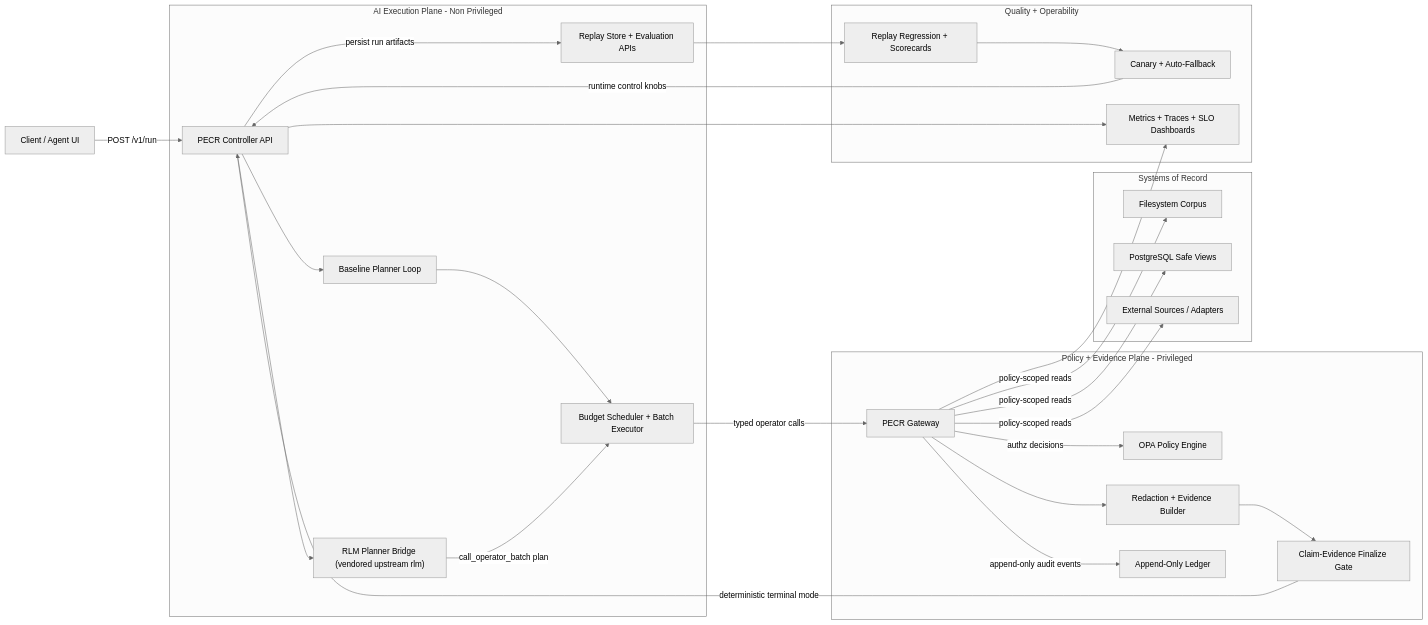
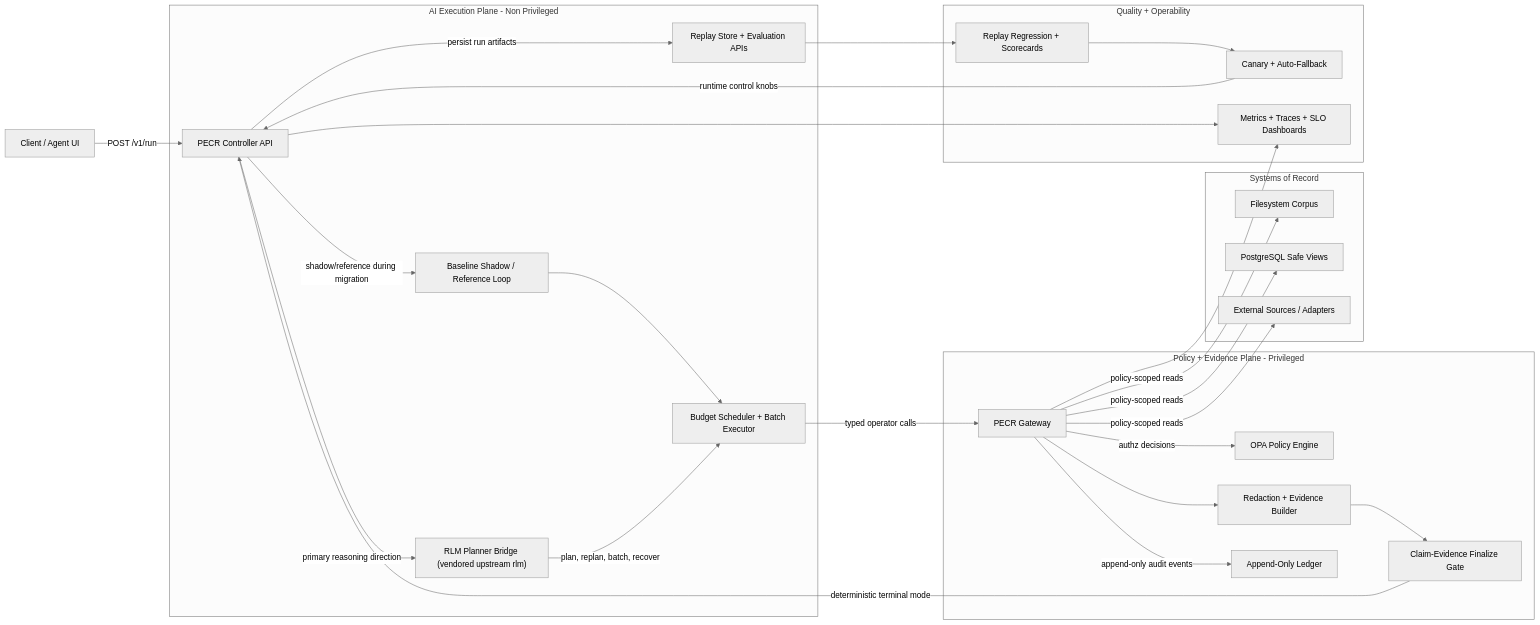
Before and after one commit to aliuyar1234/PECR: the diagram in README.md, drawn with Mermaid (neutral theme). The commit also changed other lines of this file and 19 other files, not shown here.

````diff
--- a/README.md
+++ b/README.md
@@ -27,57 +39,57 @@
 ```mermaid
 flowchart LR
     Client["Client / Agent UI"]
 
     subgraph AIPlane["AI Execution Plane - Non Privileged"]
       Controller["PECR Controller API"]
-      Baseline["Baseline Planner Loop"]
+      Baseline["Baseline Shadow / Reference Loop"]
       RLM["RLM Planner Bridge (vendored upstream rlm)"]
       Scheduler["Budget Scheduler + Batch Executor"]
       Replay["Replay Store + Evaluation APIs"]
     end
 
     subgraph Governance["Policy + Evidence Plane - Privileged"]
       Gateway["PECR Gateway"]
       OPA["OPA Policy Engine"]
       Evidence["Redaction + Evidence Builder"]
       Finalize["Claim-Evidence Finalize Gate"]
       Ledger["Append-Only Ledger"]
     end
 
     subgraph SoR["Systems of Record"]
       FS["Filesystem Corpus"]
       PG["PostgreSQL Safe Views"]
       EXT["External Sources / Adapters"]
     end
 
     subgraph Ops["Quality + Operability"]
       Eval["Replay Regression + Scorecards"]
       Canary["Canary + Auto-Fallback"]
       Obs["Metrics + Traces + SLO Dashboards"]
     end
 
     Client -->|POST /v1/run| Controller
-    Controller --> Baseline
-    Controller --> RLM
+    Controller -->|shadow/reference during migration| Baseline
+    Controller -->|primary reasoning direction| RLM
     Baseline --> Scheduler
-    RLM -->|call_operator_batch plan| Scheduler
+    RLM -->|plan, replan, batch, recover| Scheduler
 
     Scheduler -->|typed operator calls| Gateway
     Gateway -->|authz decisions| OPA
     Gateway --> Evidence
     Evidence --> Finalize
     Finalize -->|deterministic terminal mode| Controller
 
     Gateway -->|policy-scoped reads| FS
     Gateway -->|policy-scoped reads| PG
     Gateway -->|policy-scoped reads| EXT
     Gateway -->|append-only audit events| Ledger
 
     Controller -->|persist run artifacts| Replay
     Replay --> Eval
     Eval --> Canary
     Canary -->|runtime control knobs| Controller
 
     Controller --> Obs
     Gateway --> Obs
 ```
````
